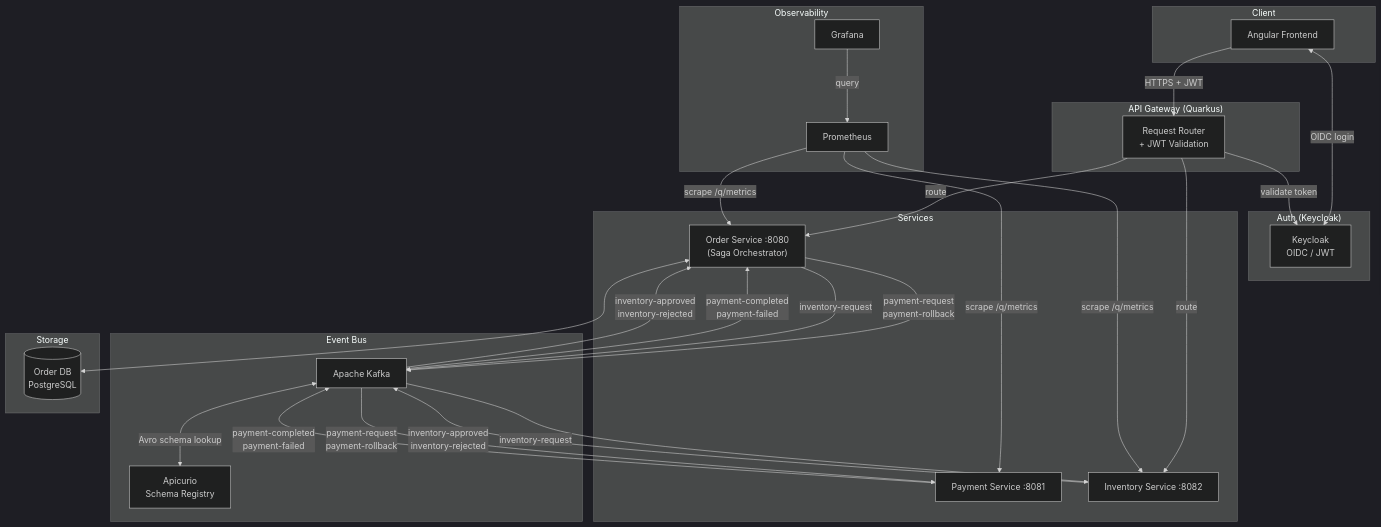
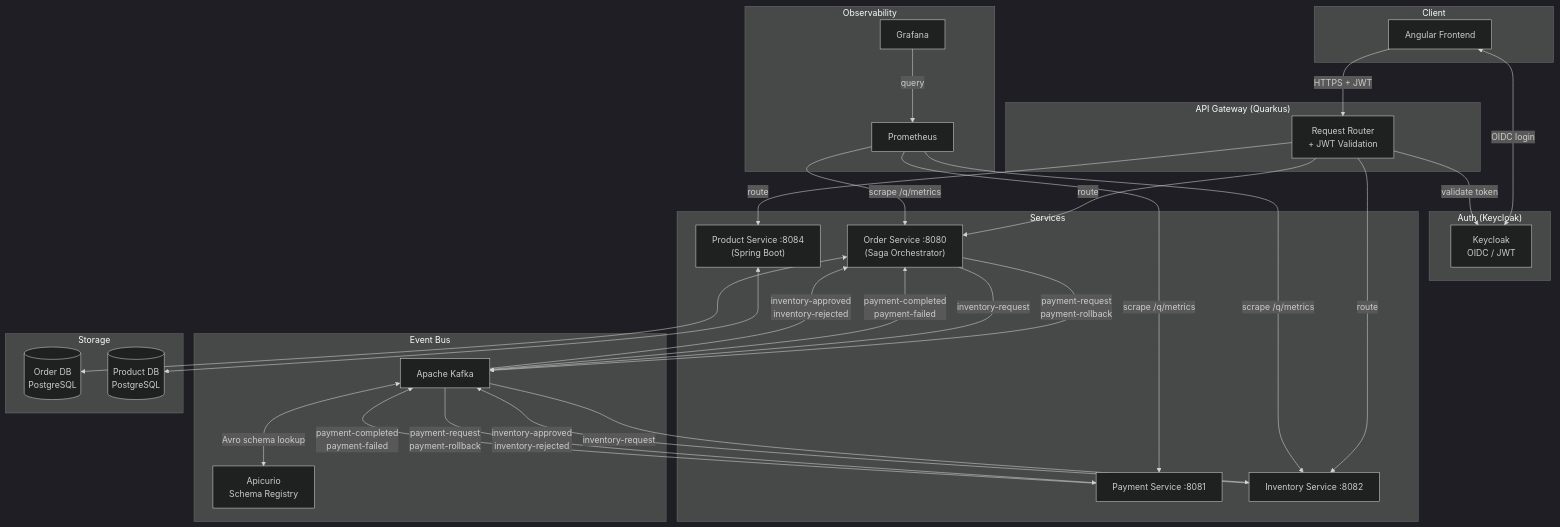
The first of 2 diagrams in README.md (panryba/shopflow), drawn with Mermaid (dark theme) before and after one commit. The commit also changed other lines of this file and 114 other files, not shown here.

First line of the commit message:
Add Spring Boot product-service with batch CSV import and full stack integration

````diff
--- a/README.md
+++ b/README.md
@@ -71,59 +71,63 @@
 ```mermaid
 graph TB
     subgraph Client
         UI[Angular Frontend]
     end
 
     subgraph Auth["Auth (Keycloak)"]
         KC[Keycloak<br/>OIDC / JWT]
     end
 
     subgraph Gateway["API Gateway (Quarkus)"]
         GW[Request Router<br/>+ JWT Validation]
     end
 
     subgraph Services
         OS["Order Service :8080<br/>(Saga Orchestrator)"]
         PS[Payment Service :8081]
         IS[Inventory Service :8082]
+        PRODS["Product Service :8084<br/>(Spring Boot)"]
     end
 
     subgraph Messaging["Event Bus"]
         K[Apache Kafka]
         SR[Apicurio<br/>Schema Registry]
     end
 
     subgraph Storage
         ODB[(Order DB<br/>PostgreSQL)]
+        PDB[(Product DB<br/>PostgreSQL)]
     end
 
     subgraph Observability
         PROM[Prometheus]
         GRAF[Grafana]
     end
 
     UI <-->|OIDC login| KC
     UI -->|HTTPS + JWT| GW
     GW -->|validate token| KC
     GW -->|route| OS
     GW -->|route| IS
+    GW -->|route| PRODS
 
     OS <--> ODB
+    PRODS <--> PDB
     OS -->|payment-request<br/>payment-rollback| K
     OS -->|inventory-request| K
     K -->|payment-completed<br/>payment-failed| OS
     K -->|inventory-approved<br/>inventory-rejected| OS
 
     K -->|payment-request<br/>payment-rollback| PS
     PS -->|payment-completed<br/>payment-failed| K
 
     K -->|inventory-request| IS
     IS -->|inventory-approved<br/>inventory-rejected| K
 
     K <-->|Avro schema lookup| SR
 
     PROM -->|scrape /q/metrics| OS
     PROM -->|scrape /q/metrics| PS
     PROM -->|scrape /q/metrics| IS
     GRAF -->|query| PROM
 ```
````
